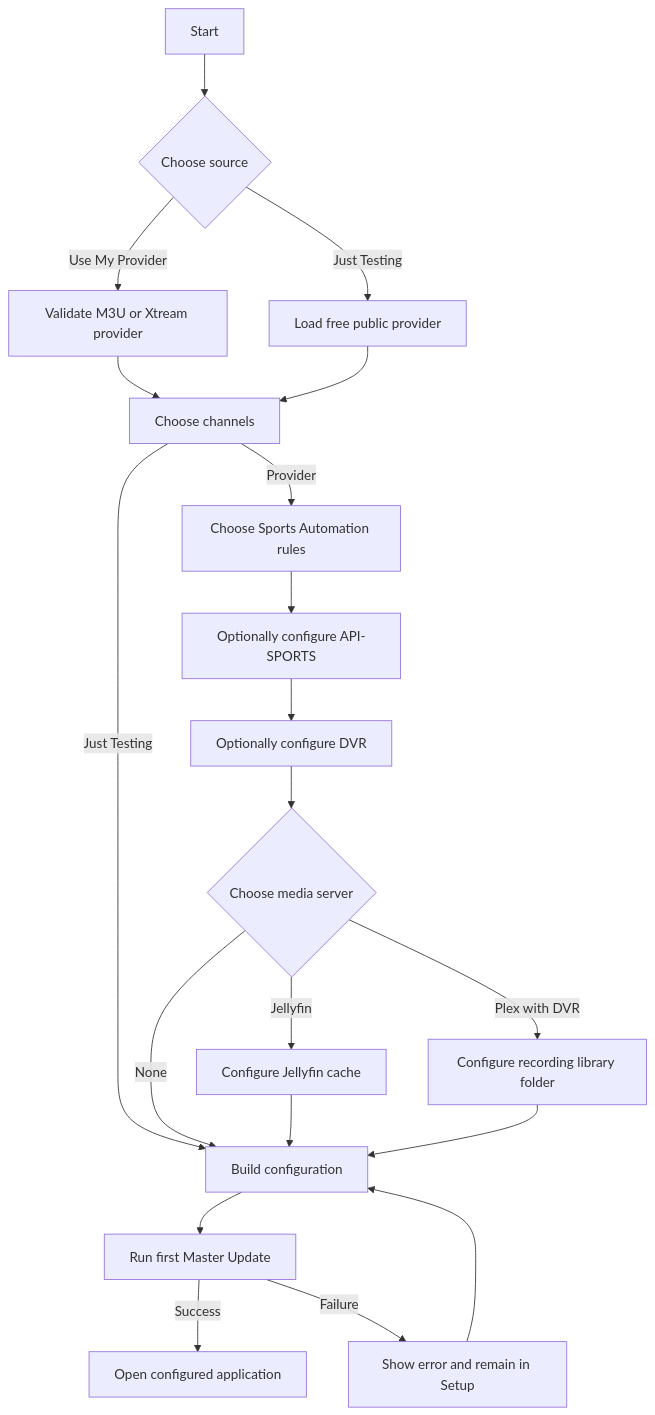
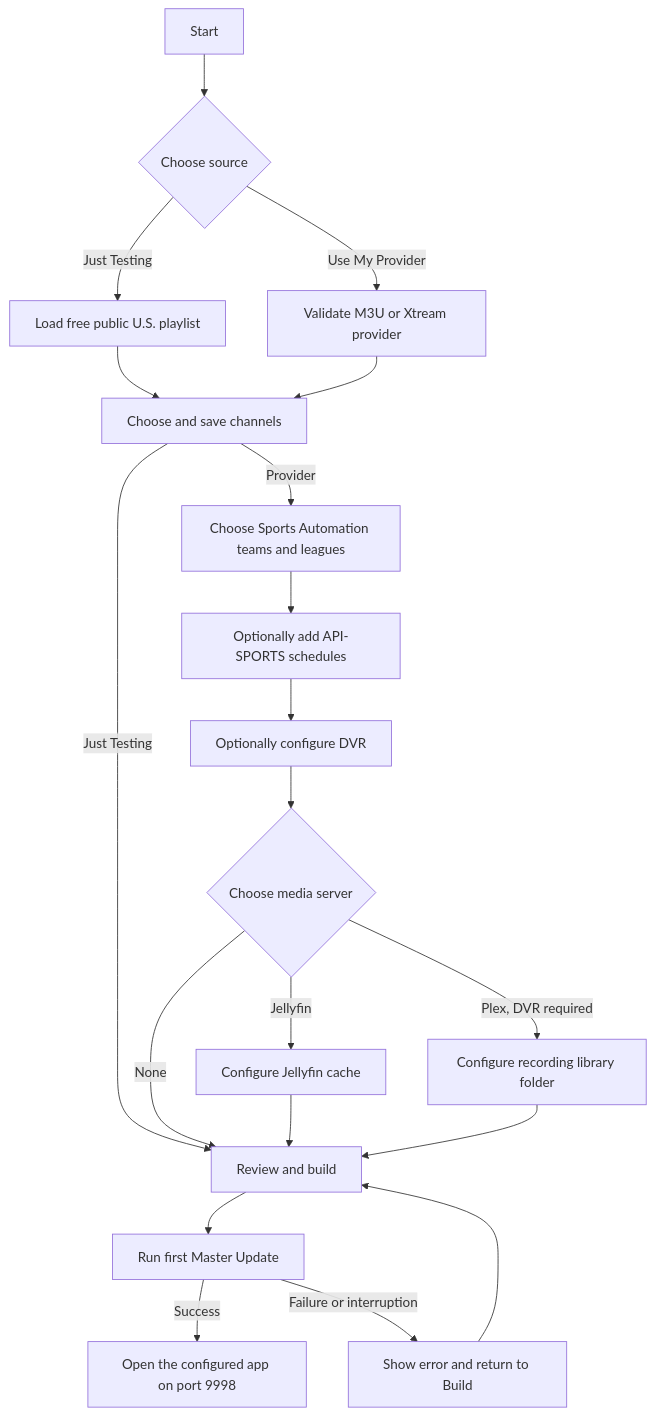
Before and after one commit to zschmook/m3u-web-picker: the diagram in docs/STANDALONE-SETUP-WIZARD.md, drawn with Mermaid. The commit also changed other lines of this file and 2 other files, not shown here.

Commit message:
Clarify standalone setup documentation

````diff
--- a/docs/STANDALONE-SETUP-WIZARD.md
+++ b/docs/STANDALONE-SETUP-WIZARD.md
@@ -21,22 +17,22 @@
 ```mermaid
 flowchart TD
     A[Start] --> B{Choose source}
-    B -- Just Testing --> C[Load free public provider]
+    B -- Just Testing --> C[Load free public U.S. playlist]
     B -- Use My Provider --> D[Validate M3U or Xtream provider]
-    D --> E[Choose channels]
-    C --> E
-    E -- Just Testing --> K[Build configuration]
-    E -- Provider --> F[Choose Sports Automation rules]
-    F --> G[Optionally configure API-SPORTS]
+    C --> E[Choose and save channels]
+    D --> E
+    E -- Just Testing --> K[Review and build]
+    E -- Provider --> F[Choose Sports Automation teams and leagues]
+    F --> G[Optionally add API-SPORTS schedules]
     G --> H[Optionally configure DVR]
     H --> I{Choose media server}
     I -- None --> K
     I -- Jellyfin --> J[Configure Jellyfin cache]
-    I -- Plex with DVR --> L[Configure recording library folder]
+    I -- Plex, DVR required --> L[Configure recording library folder]
     J --> K
     L --> K
     K --> M[Run first Master Update]
-    M -- Success --> N[Open configured application]
-    M -- Failure --> O[Show error and remain in Setup]
+    M -- Success --> N[Open the configured app on port 9998]
+    M -- Failure or interruption --> O[Show error and return to Build]
     O --> K
 ```
````
